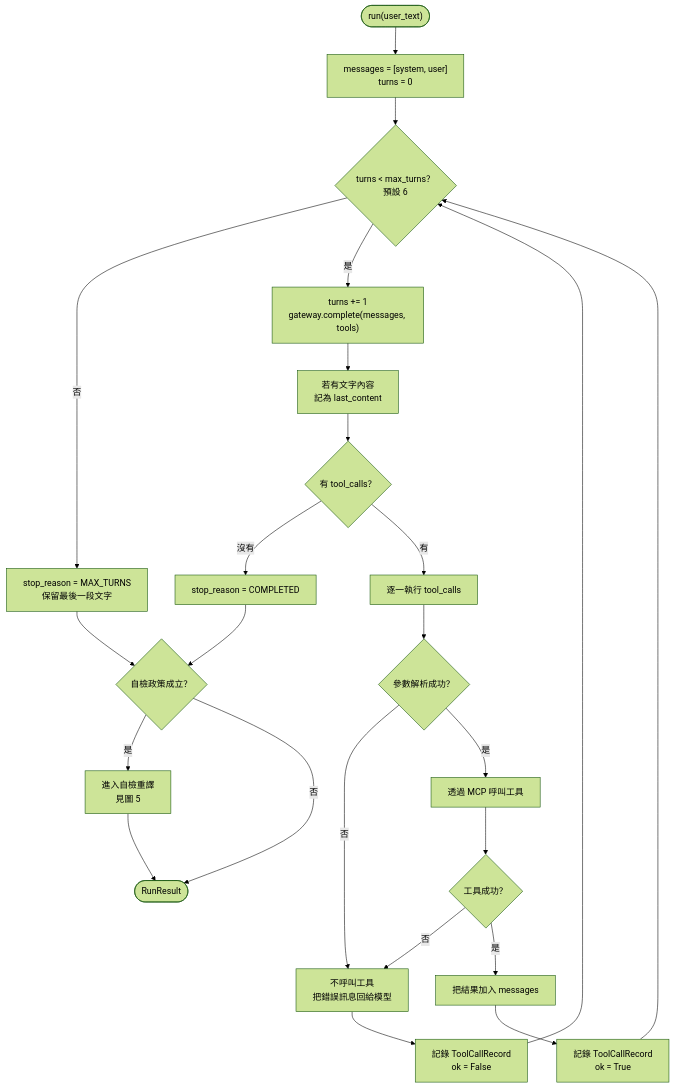
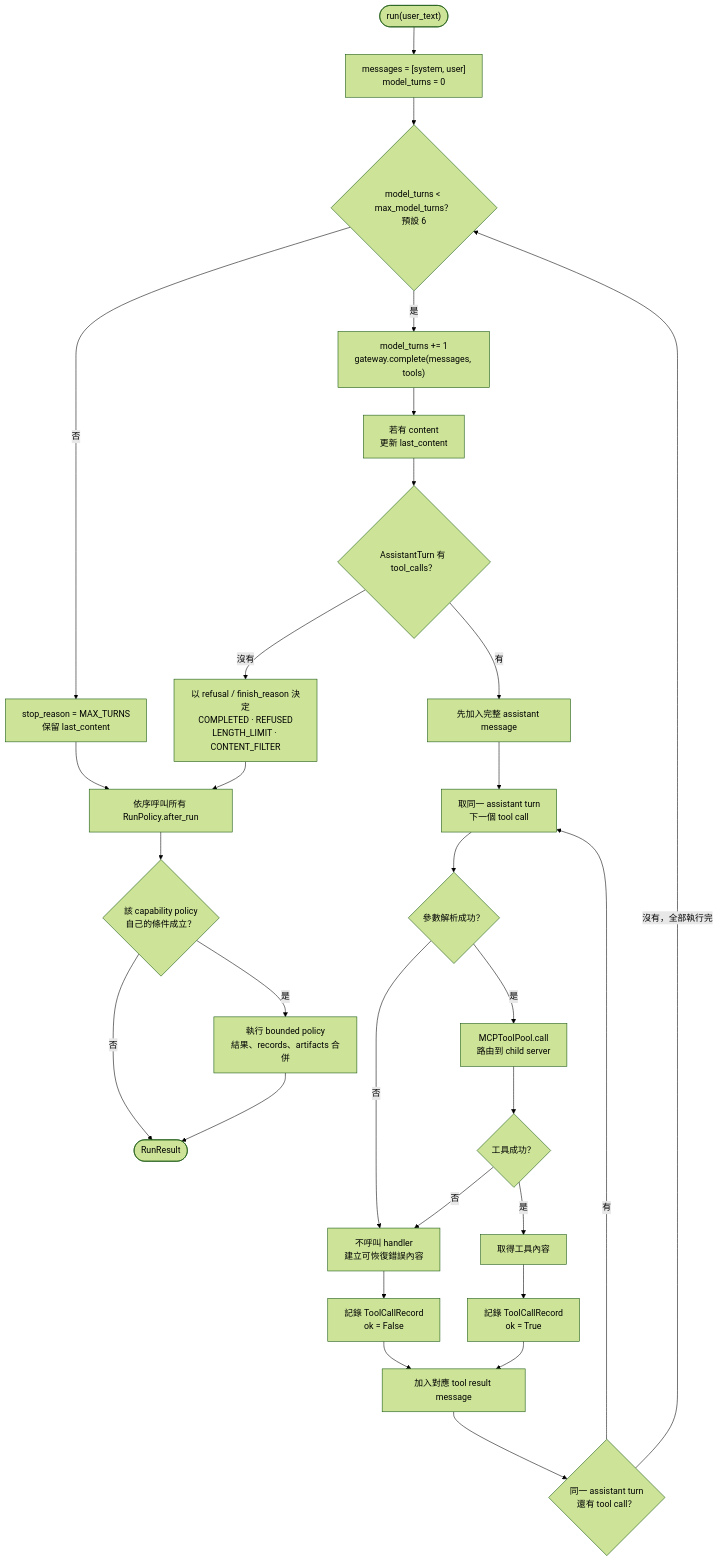
The sixth of 12 diagrams in docs/architecture.md (xian-ai-1057/mcp_agent), drawn with Mermaid (forest theme) before and after one commit. The commit also changed other lines of this file and 15 other files, not shown here.

Commit message:
fix glossary conflicts and refresh architecture docs

````diff
--- a/docs/architecture.md
+++ b/docs/architecture.md
@@ -206,33 +296,35 @@
 ```mermaid
 flowchart TD
-    START(["run(user_text)"]) --> INIT["messages = [system, user]<br/>turns = 0"]
-    INIT --> CHECK{"turns < max_turns？<br/>預設 6"}
+    START(["run(user_text)"]) --> INIT["messages = [system, user]<br/>model_turns = 0"]
+    INIT --> CHECK{"model_turns < max_model_turns？<br/>預設 6"}
 
-    CHECK -->|否| EXHAUST["stop_reason = MAX_TURNS<br/>保留最後一段文字"]
-    CHECK -->|是| CALL["turns += 1<br/>gateway.complete(messages, tools)"]
+    CHECK -->|否| EXHAUST["stop_reason = MAX_TURNS<br/>保留 last_content"]
+    CHECK -->|是| CALL["model_turns += 1<br/>gateway.complete(messages, tools)"]
+    CALL --> KEEP["若有 content<br/>更新 last_content"]
+    KEEP --> WANT{"AssistantTurn 有 tool_calls？"}
 
-    CALL --> KEEP["若有文字內容<br/>記為 last_content"]
-    KEEP --> WANT{"有 tool_calls？"}
-
-    WANT -->|沒有| DONE["stop_reason = COMPLETED"]
-    WANT -->|有| EACH["逐一執行 tool_calls"]
-
-    EACH --> PARSE{"參數解析成功？"}
-    PARSE -->|否| ERRMSG["不呼叫工具<br/>把錯誤訊息回給模型"]
-    PARSE -->|是| RUN["透過 MCP 呼叫工具"]
+    WANT -->|沒有| TERMINAL["以 refusal / finish_reason 決定<br/>COMPLETED · REFUSED<br/>LENGTH_LIMIT · CONTENT_FILTER"]
+    WANT -->|有| APPEND["先加入完整 assistant message"]
+    APPEND --> NEXT["取同一 assistant turn<br/>下一個 tool call"]
+    NEXT --> PARSE{"參數解析成功？"}
+    PARSE -->|否| ERRMSG["不呼叫 handler<br/>建立可恢復錯誤內容"]
+    PARSE -->|是| RUN["MCPToolPool.call<br/>路由到 child server"]
 
     RUN --> OK{"工具成功？"}
     OK -->|否| ERRMSG
-    OK -->|是| RESULT["把結果加入 messages"]
+    OK -->|是| RESULT["取得工具內容"]
+    ERRMSG --> BAD["記錄 ToolCallRecord<br/>ok = False"]
+    RESULT --> GOOD["記錄 ToolCallRecord<br/>ok = True"]
+    BAD --> TOOLMSG["加入對應 tool result message"]
+    GOOD --> TOOLMSG
+    TOOLMSG --> MORE{"同一 assistant turn<br/>還有 tool call？"}
+    MORE -->|有| NEXT
+    MORE -->|沒有，全部執行完| CHECK
 
-    ERRMSG --> RECORD["記錄 ToolCallRecord<br/>ok = False"]
-    RESULT --> RECORD2["記錄 ToolCallRecord<br/>ok = True"]
-    RECORD --> CHECK
-    RECORD2 --> CHECK
-
-    DONE --> POST{"自檢政策成立？"}
-    EXHAUST --> POST
-    POST -->|是| SELF["進入自檢重譯<br/>見圖 5"]
-    POST -->|否| OUT(["RunResult"])
-    SELF --> OUT
+    TERMINAL --> HOOKS["依序呼叫所有 RunPolicy.after_run"]
+    EXHAUST --> HOOKS
+    HOOKS --> ELIGIBLE{"該 capability policy<br/>自己的條件成立？"}
+    ELIGIBLE -->|否| OUT(["RunResult"])
+    ELIGIBLE -->|是| POLICY["執行 bounded policy<br/>結果、records、artifacts 合併"]
+    POLICY --> OUT
 ```
````
